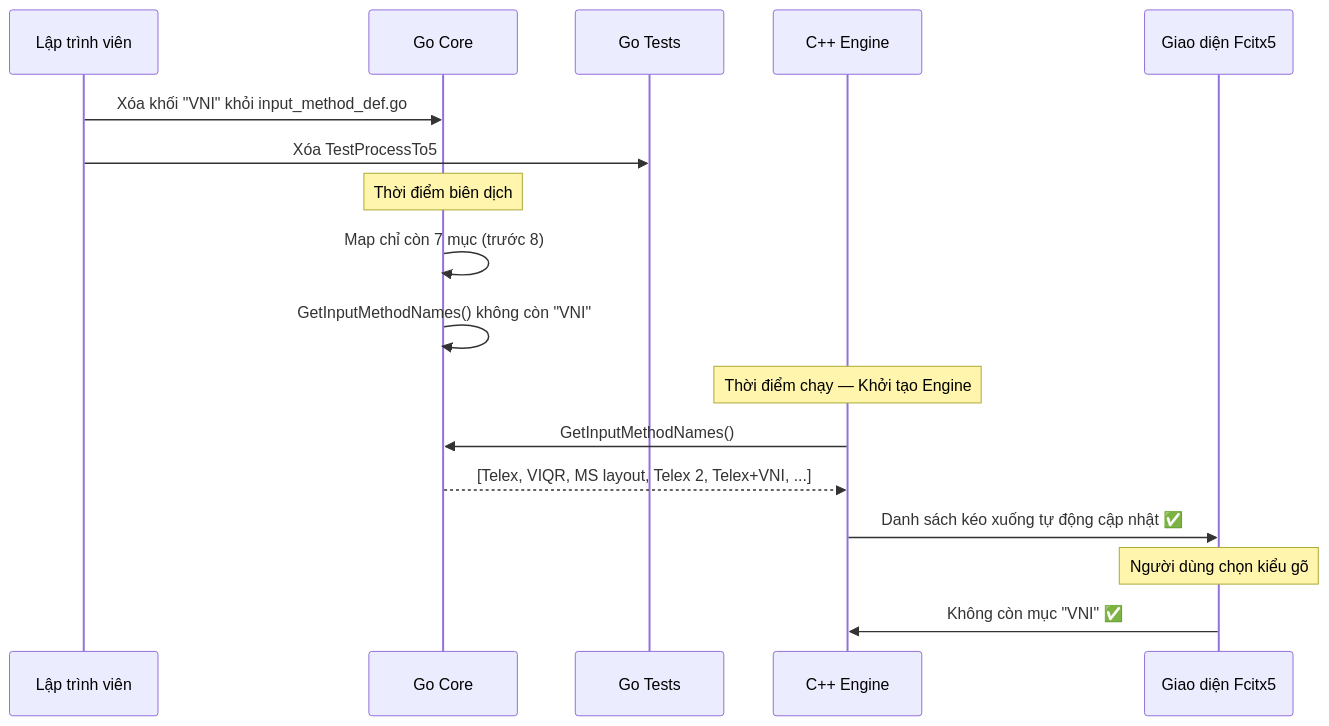
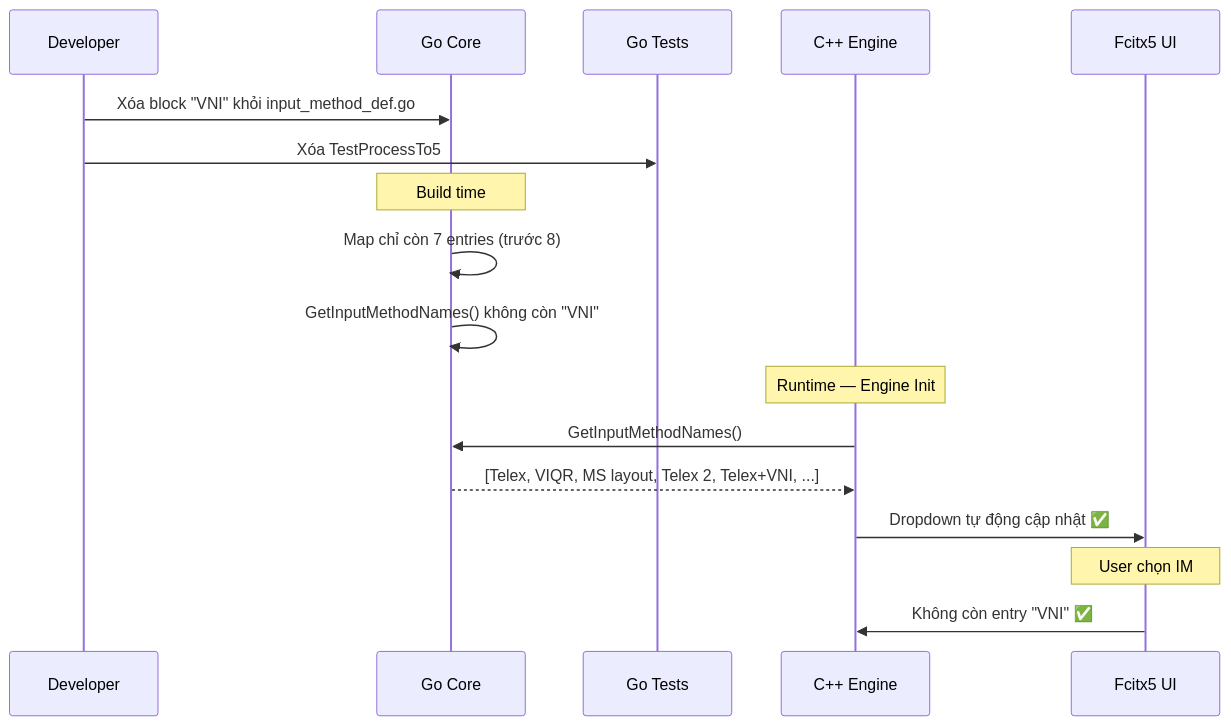
One commit to thatislg/fcitx5-bamboo changed the second of 3 diagrams in requirement/REQ-005.md. Above: the diagram before and after it, drawn with Mermaid. The commit also changed other lines of this file and 2 other files, not shown here.

````diff
--- a/requirement/REQ-005.md
+++ b/requirement/REQ-005.md
@@ -108,23 +108,23 @@
 ```mermaid
 sequenceDiagram
-    participant Dev as Lập trình viên
+    participant Dev as Developer
     participant Go as Go Core
     participant Test as Go Tests
     participant Cpp as C++ Engine
-    participant UI as Giao diện Fcitx5
+    participant UI as Fcitx5 UI
 
-    Dev->>Go: Xóa khối "VNI" khỏi input_method_def.go
+    Dev->>Go: Xóa block "VNI" khỏi input_method_def.go
     Dev->>Test: Xóa TestProcessTo5
 
-    Note over Go: Thời điểm biên dịch
-    Go->>Go: Map chỉ còn 7 mục (trước 8)
+    Note over Go: Build time
+    Go->>Go: Map chỉ còn 7 entries (trước 8)
     Go->>Go: GetInputMethodNames() không còn "VNI"
 
-    Note over Cpp: Thời điểm chạy — Khởi tạo Engine
+    Note over Cpp: Runtime — Engine Init
     Cpp->>Go: GetInputMethodNames()
     Go-->>Cpp: [Telex, VIQR, MS layout, Telex 2, Telex+VNI, ...]
-    Cpp->>UI: Danh sách kéo xuống tự động cập nhật ✅
+    Cpp->>UI: Dropdown tự động cập nhật ✅
 
-    Note over UI: Người dùng chọn kiểu gõ
-    UI->>Cpp: Không còn mục "VNI" ✅
+    Note over UI: User chọn IM
+    UI->>Cpp: Không còn entry "VNI" ✅
 ```
````
